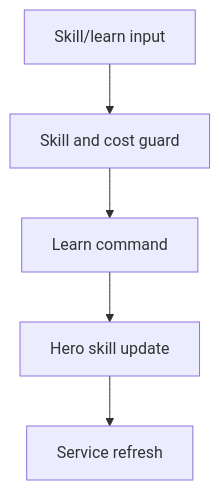
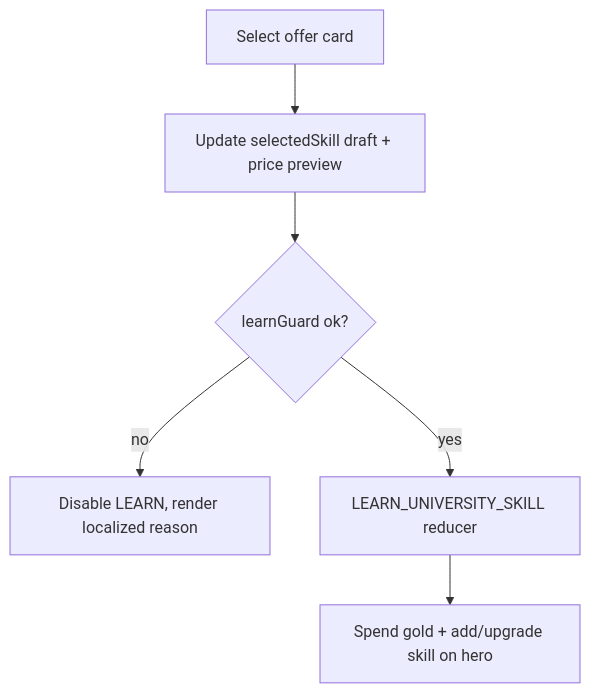
The third of 5 diagrams in docs/architecture/wiki/screens/53-university/architecture.md (SunaNoOshiro/Heroes_Reforged_AI_Realms), drawn with Mermaid before and after one commit. The commit also changed other lines of this file and 518 other files, not shown here.

First line of the commit message:
Add doc-audit skill and sweep architecture/screen docs

````diff
--- a/docs/architecture/wiki/screens/53-university/architecture.md
+++ b/docs/architecture/wiki/screens/53-university/architecture.md
@@ -42,8 +53,8 @@
 ```mermaid
 flowchart TD
-  I0["Skill/learn input"] --> I1
-  I1["Skill and cost guard"] --> I2
-  I2["Learn command"] --> I3
-  I3["Hero skill update"] --> I4
-  I4["Service refresh"]
+  I0["Select offer card"] --> I1["Update selectedSkill draft + price preview"]
+  I1 --> I2{"learnGuard ok?"}
+  I2 -->|no| ID["Disable LEARN, render localized reason"]
+  I2 -->|yes| GD["LEARN_UNIVERSITY_SKILL reducer"]
+  GD --> I4["Spend gold + add/upgrade skill on hero"]
 ```
````
